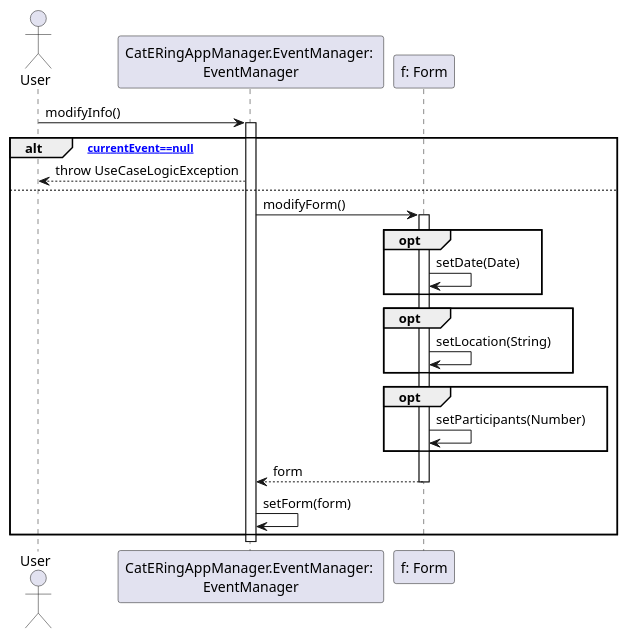
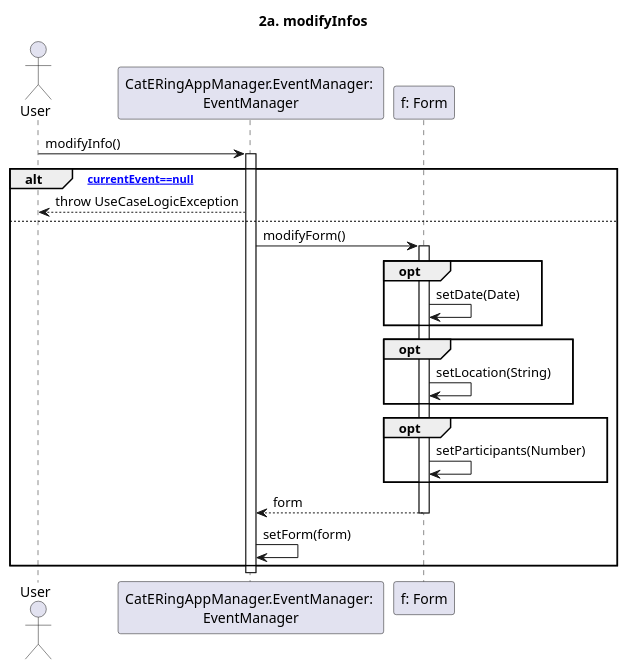
One commit to m0canu1/sas changed the diagram in dsd/dsd-eventi/estensioniEcc/2a-modifyInfos.md. Above: the diagram before and after it, drawn with PlantUML. The commit also changed 13 other files, not shown here.

````diff
--- a/dsd/dsd-eventi/estensioniEcc/2a-modifyInfos.md
+++ b/dsd/dsd-eventi/estensioniEcc/2a-modifyInfos.md
@@ -1,30 +1,33 @@
 ```plantuml
+
+title: 2a. modifyInfos
+
 Actor User
 Participant "CatERingAppManager.EventManager: \nEventManager" as EM
 Participant "f: Form" as FM
 
 User -> EM: modifyInfo()
 Activate EM
 
 alt [currentEvent==null]
     EM --> User: throw UseCaseLogicException
 else
     EM -> FM: modifyForm()
     Activate FM
     opt
         FM -> FM: setDate(Date)
     end
     opt
         FM -> FM: setLocation(String)
     end
     opt
         FM -> FM: setParticipants(Number) 
     end
     FM --> EM: form
     Deactivate FM
     EM -> EM: setForm(form)
 end
 Deactivate EM
 
 
 ```
````
